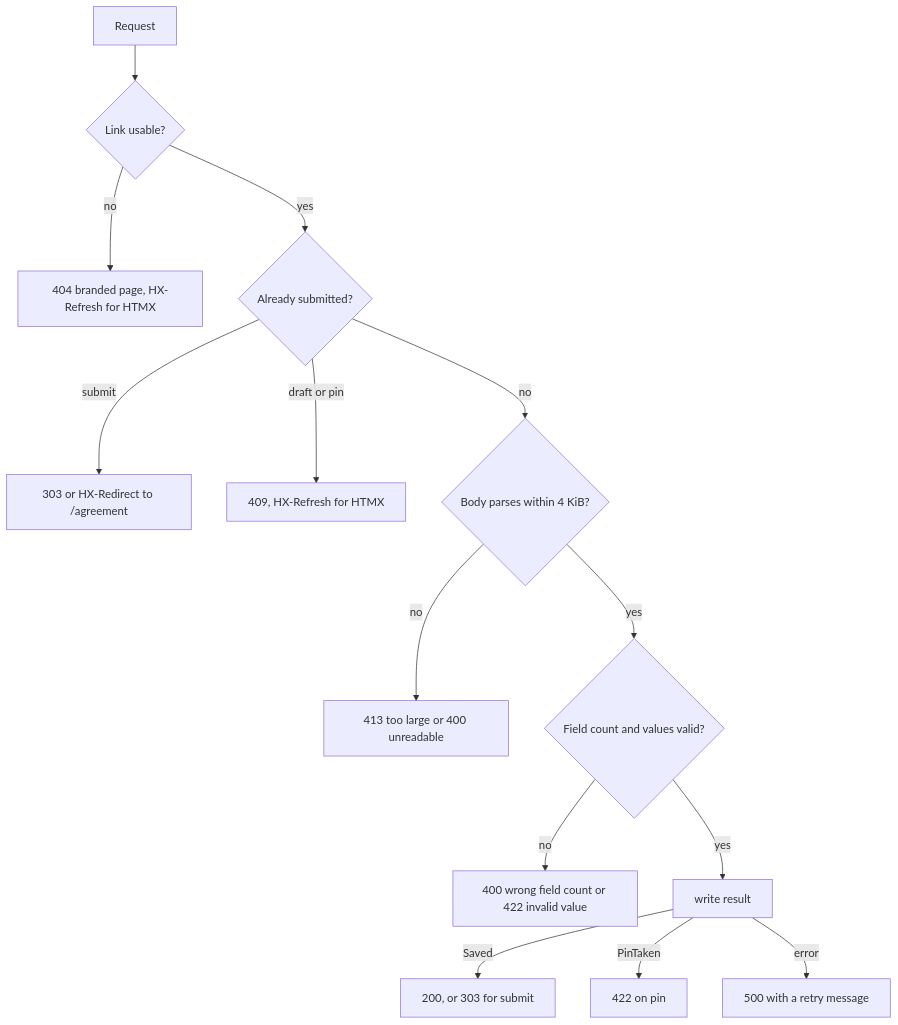
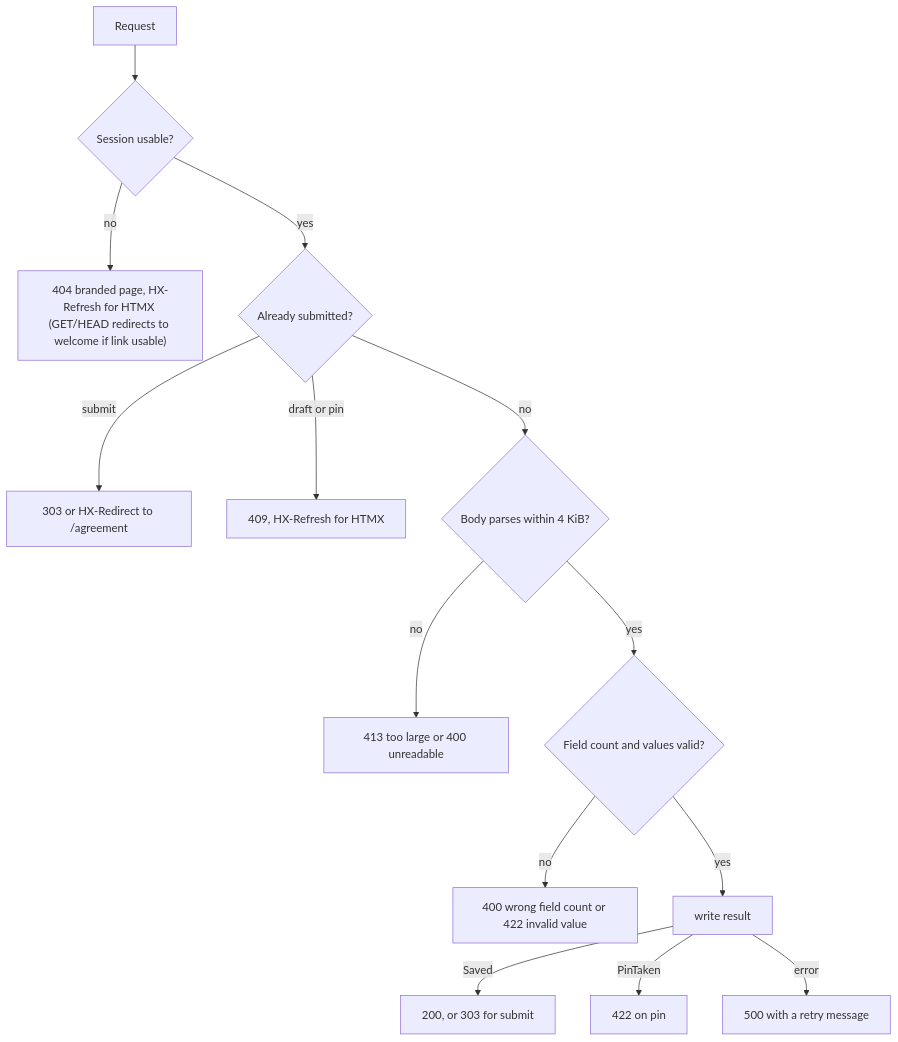
The second of 2 diagrams in docs/domain/customer-flow.md (devGabriel131/ProjectHermes), drawn with Mermaid before and after one commit. The commit also changed other lines of this file and 63 other files, not shown here.

````diff
--- a/docs/domain/customer-flow.md
+++ b/docs/domain/customer-flow.md
@@ -78,16 +82,16 @@
 ```mermaid
 flowchart TD
-    A["Request"] --> U{"Link usable?"}
-    U -->|"no"| N["404 branded page, HX-Refresh for HTMX"]
+    A["Request"] --> U{"Session usable?"}
+    U -->|"no"| N["404 branded page, HX-Refresh for HTMX (GET/HEAD redirects to welcome if link usable)"]
     U -->|"yes"| S{"Already submitted?"}
     S -->|"submit"| ADV["303 or HX-Redirect to /agreement"]
     S -->|"draft or pin"| LK["409, HX-Refresh for HTMX"]
     S -->|"no"| B{"Body parses within 4 KiB?"}
     B -->|"no"| E1["413 too large or 400 unreadable"]
     B -->|"yes"| P{"Field count and values valid?"}
     P -->|"no"| E2["400 wrong field count or 422 invalid value"]
     P -->|"yes"| W["write result"]
     W -->|"Saved"| OK["200, or 303 for submit"]
     W -->|"PinTaken"| E3["422 on pin"]
     W -->|"error"| E5["500 with a retry message"]
 ```
````
